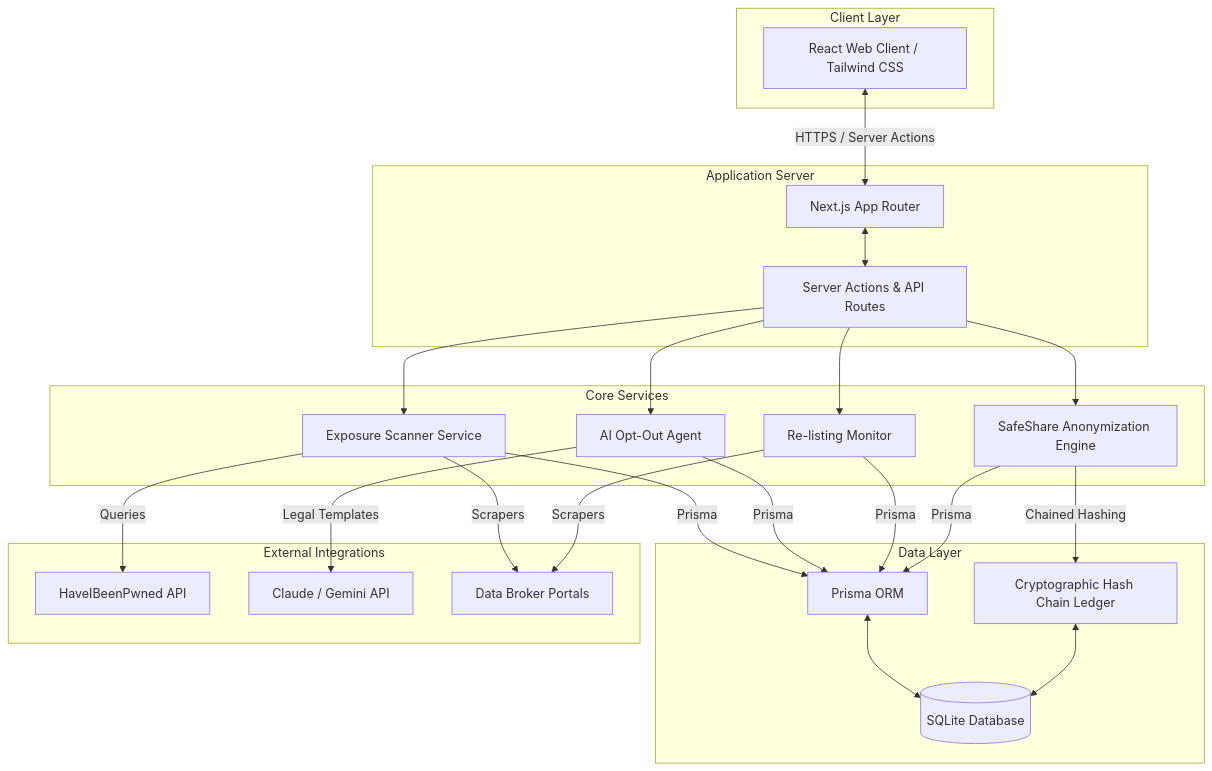
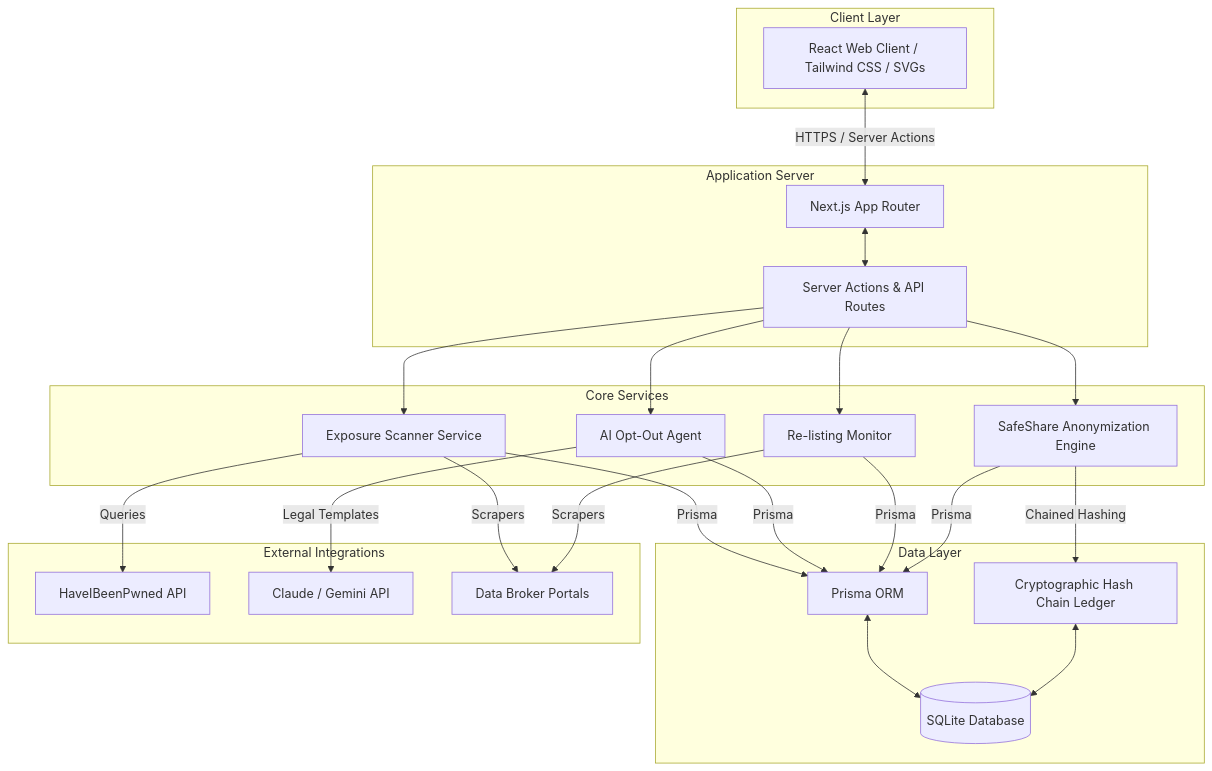
The diagram in README.md (suchit2004/DataVault), drawn with Mermaid before and after one commit. The commit also changed other lines of this file, not shown here.

````diff
--- a/README.md
+++ b/README.md
@@ -28,50 +43,50 @@
 ```mermaid
 graph TD
     subgraph Client Layer
-        A[React Web Client / Tailwind CSS]
+        A[React Web Client / Tailwind CSS / SVGs]
     end
 
     subgraph Application Server
         B[Next.js App Router]
         C[Server Actions & API Routes]
     end
 
     subgraph Core Services
         D[Exposure Scanner Service]
         E[AI Opt-Out Agent]
         F[Re-listing Monitor]
         G[SafeShare Anonymization Engine]
     end
 
     subgraph Data Layer
         H[Prisma ORM]
         I[(SQLite Database)]
         J[Cryptographic Hash Chain Ledger]
     end
 
     subgraph External Integrations
         K[HaveIBeenPwned API]
         L[Claude / Gemini API]
         M[Data Broker Portals]
     end
 
     A <-->|HTTPS / Server Actions| B
     B <--> C
     C --> D
     C --> E
     C --> F
     C --> G
 
     D -->|Prisma| H
     E -->|Prisma| H
     F -->|Prisma| H
     G -->|Prisma| H
     
     H <--> I
     G -->|Chained Hashing| J
     J <--> I
 
     D -->|Queries| K
     E -->|Legal Templates| L
     D & F -->|Scrapers| M
 ```
````
